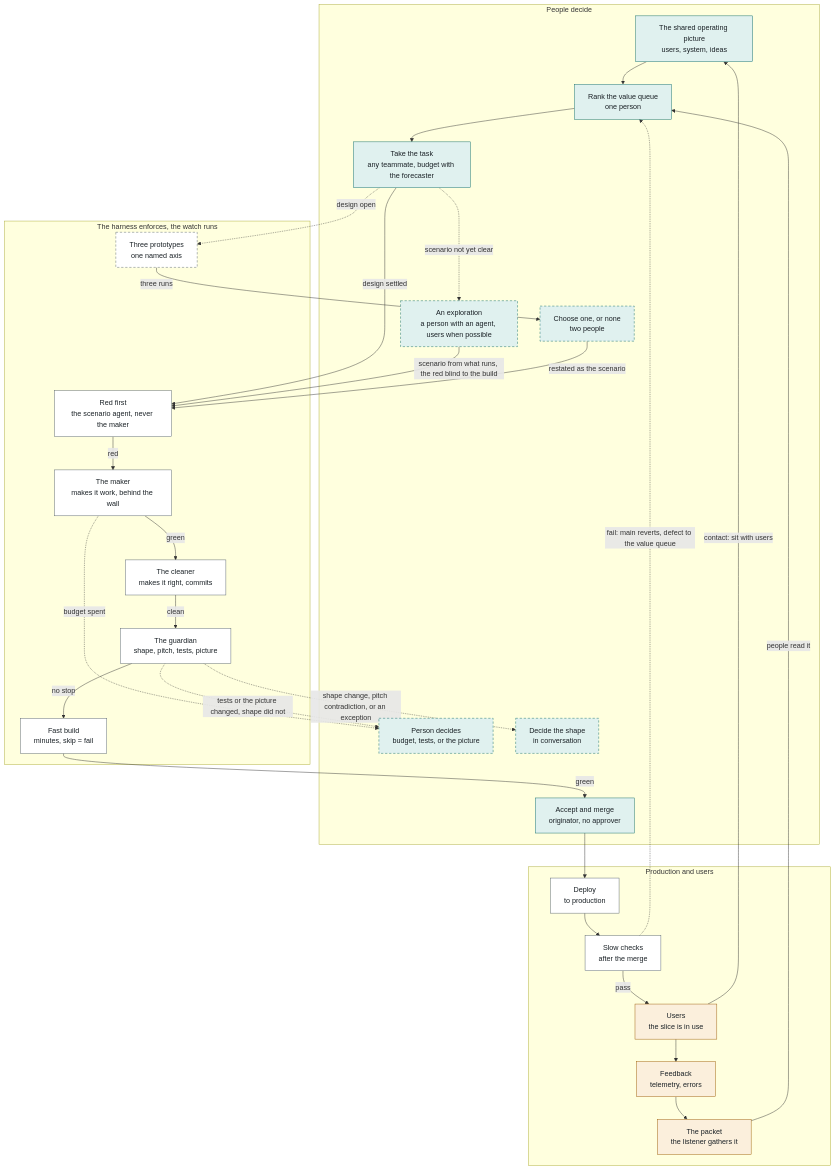
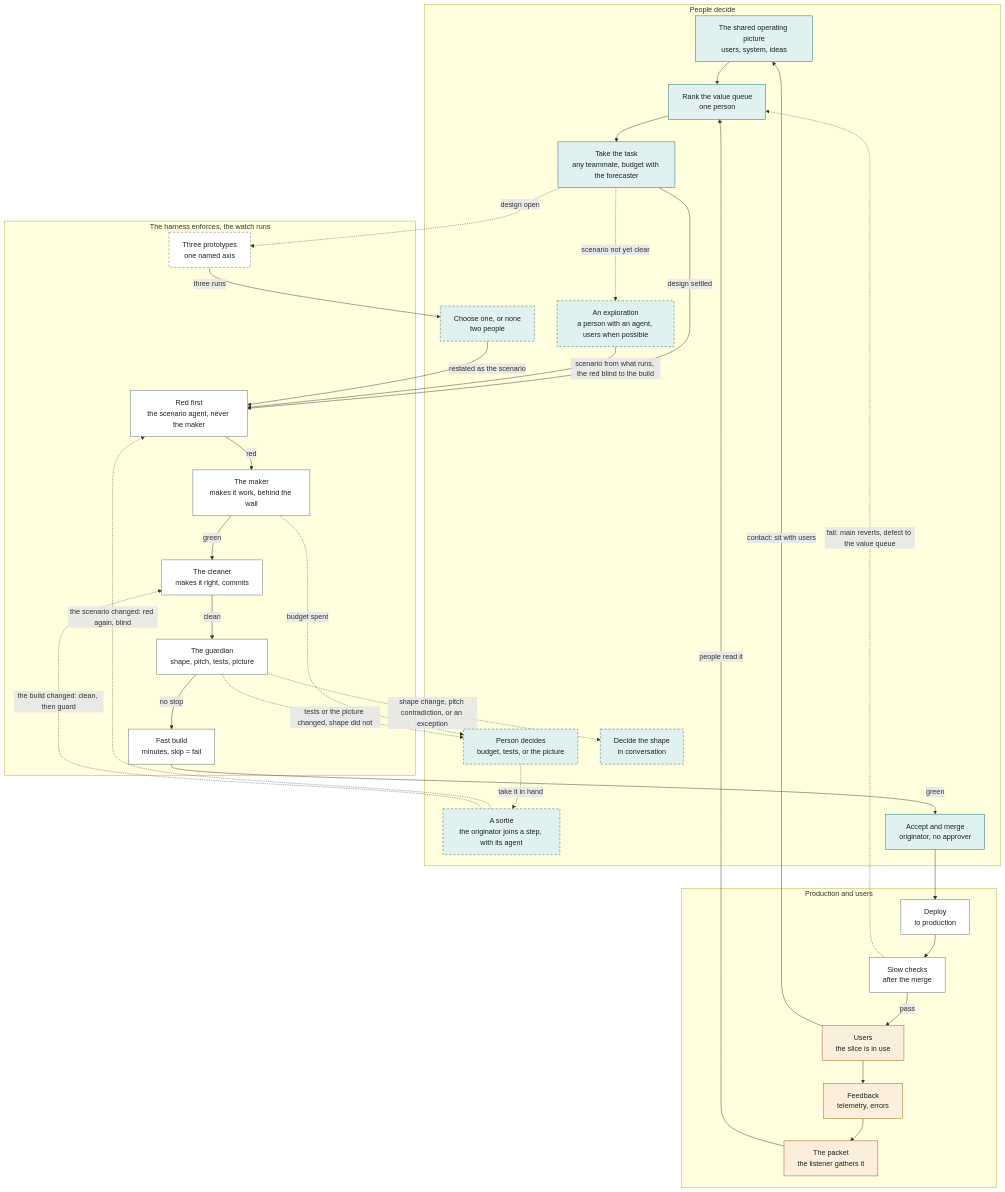
Before and after one commit to seanpk/xtremevibing.com: the diagram in loop.md, drawn with Mermaid. The commit also changed other lines of this file and 2 other files, not shown here.

Commit message:
Publish from xtreme-vibing f7e43fe: map.md, loop.md, agents.md

````diff
--- a/loop.md
+++ b/loop.md
@@ -56,62 +56,66 @@
 ```mermaid
 flowchart TB
   subgraph People["People decide"]
     picture["The shared operating picture<br/>users, system, ideas"]
     rank["Rank the value queue<br/>one person"]
     take["Take the task<br/>any teammate, budget with the forecaster"]
     explore["An exploration<br/>a person with an agent, users when possible"]
     choose["Choose one, or none<br/>two people"]
     decide["Person decides<br/>budget, tests, or the picture"]
+    sortie["A sortie<br/>the originator joins a step, with its agent"]
     shape["Decide the shape<br/>in conversation"]
     merge["Accept and merge<br/>originator, no approver"]
   end
 
   subgraph Harness["The harness enforces, the watch runs"]
     protos["Three prototypes<br/>one named axis"]
     red["Red first<br/>the scenario agent, never the maker"]
     maker["The maker<br/>makes it work, behind the wall"]
     cleaner["The cleaner<br/>makes it right, commits"]
     guardian["The guardian<br/>shape, pitch, tests, picture"]
     build["Fast build<br/>minutes, skip = fail"]
   end
 
   subgraph Use["Production and users"]
     deploy["Deploy<br/>to production"]
     slow["Slow checks<br/>after the merge"]
     users["Users<br/>the slice is in use"]
     feedback["Feedback<br/>telemetry, errors"]
     packet["The packet<br/>the listener gathers it"]
   end
 
   picture --> rank --> take
   take -- "design settled" --> red
   take -. "design open" .-> protos
   take -. "scenario not yet clear" .-> explore
   explore -- "scenario from what runs, the red blind to the build" --> red
   protos -- "three runs" --> choose
   choose -- "restated as the scenario" --> red
   red -- "red" --> maker
   maker -- "green" --> cleaner
   cleaner -- "clean" --> guardian
   guardian -- "no stop" --> build
   build -- "green" --> merge
   merge --> deploy --> slow
   slow -- "pass" --> users
   slow -. "fail: main reverts, defect to the value queue" .-> rank
   users --> feedback
   feedback --> packet
   packet -- "people read it" --> rank
   users -- "contact: sit with users" --> picture
   maker -. "budget spent" .-> decide
   guardian -. "tests or the picture changed, shape did not" .-> decide
   guardian -. "shape change, pitch contradiction, or an exception" .-> shape
+  decide -. "take it in hand" .-> sortie
+  sortie -. "the scenario changed: red again, blind" .-> red
+  sortie -. "the build changed: clean, then guard" .-> cleaner
 
   classDef people fill:#e0f1ef,stroke:#0d6a66,color:#1a2126
   classDef harness fill:#ffffff,stroke:#56626b,color:#1a2126
   classDef use fill:#fbefdc,stroke:#9a5a00,color:#1a2126
   classDef cond stroke-dasharray:5 4
-  class picture,rank,take,explore,choose,decide,shape,merge people
+  class picture,rank,take,explore,choose,decide,sortie,shape,merge people
   class protos,red,maker,cleaner,guardian,build,deploy,slow harness
   class users,feedback,packet use
-  class choose,decide,shape,protos,explore cond
+  class choose,decide,sortie,shape,protos,explore cond
 ```
````
